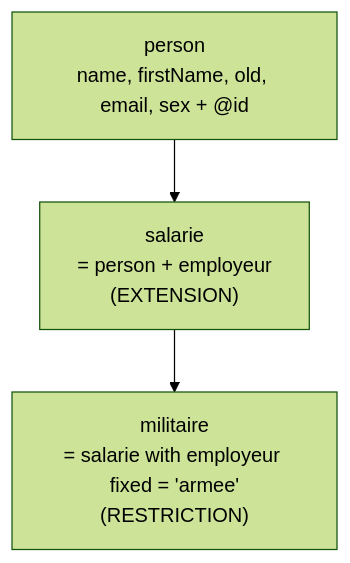
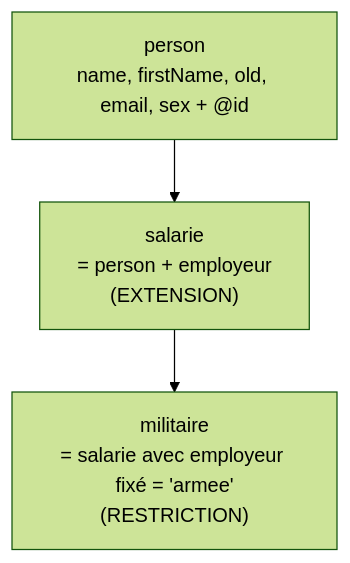
One commit to ghaithsoltani/my-courses changed the eighth of 14 diagrams in SOA/XML_Technologies_Study_Guide.md. Above: the diagram before and after it, drawn with Mermaid (forest theme). The commit also changed other lines of this file and 9 other files, not shown here.

````diff
--- a/SOA/XML_Technologies_Study_Guide.md
+++ b/SOA/XML_Technologies_Study_Guide.md
@@ -547,7 +547,7 @@
 ```mermaid
 graph TD
     P["person<br/>name, firstName, old, email, sex + @id"]
     S["salarie<br/>= person + employeur<br/>(EXTENSION)"]
-    M["militaire<br/>= salarie with employeur fixed = 'armee'<br/>(RESTRICTION)"]
+    M["militaire<br/>= salarie avec employeur fixé = 'armee'<br/>(RESTRICTION)"]
     P --> S --> M
 ```
````
